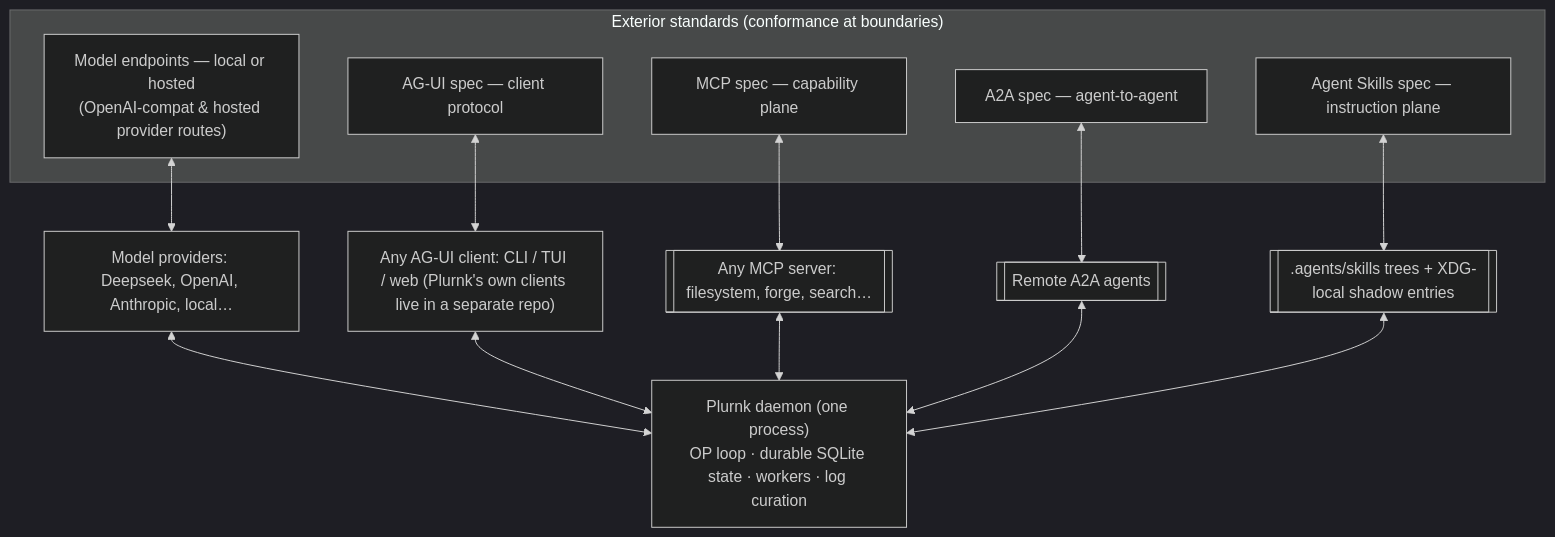
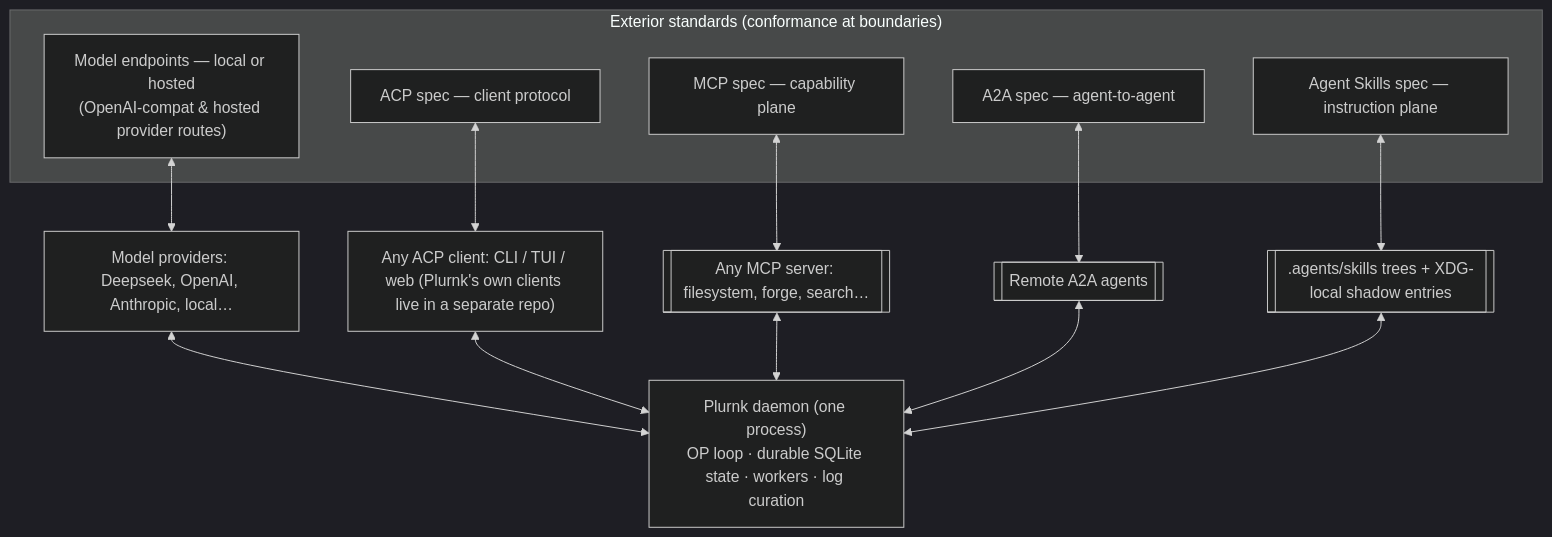
One commit to plurnk/plurnk changed the diagram in test/fixtures/mermaid-fan-in.md. Above: the diagram before and after it, drawn with Mermaid (dark theme). The commit also changed 100 other files, not shown here.

Commit message:
refactor(client): migrate terminal client from AG-UI to ACP v2 (#218)

````diff
--- a/test/fixtures/mermaid-fan-in.md
+++ b/test/fixtures/mermaid-fan-in.md
@@ -1,23 +1,23 @@
 ```mermaid
 flowchart TB
     subgraph standards["Exterior standards (conformance at boundaries)"]
         MODEL["Model endpoints — local or hosted<br/>(OpenAI-compat & hosted provider routes)"]
-        AGUI["AG-UI spec — client protocol"]
+        ACP["ACP spec — client protocol"]
         MCP["MCP spec — capability plane"]
         A2A["A2A spec — agent-to-agent"]
         SKILLS["Agent Skills spec — instruction plane"]
     end
     PLURNK["Plurnk daemon (one process)<br/>OP loop · durable SQLite state · workers · log curation"]
     MODELS["Model providers: Deepseek, OpenAI, Anthropic, local…"]
-    CLIENTS["Any AG-UI client: CLI / TUI / web (Plurnk's own clients live in a separate repo)"]
+    CLIENTS["Any ACP client: CLI / TUI / web (Plurnk's own clients live in a separate repo)"]
     MCPS[["Any MCP server: filesystem, forge, search…"]]
     AGENTS[["Remote A2A agents"]]
     SKILLT[[".agents/skills trees + XDG-local shadow entries"]]
 
     MODEL <--> MODELS
-    AGUI <--> CLIENTS
+    ACP <--> CLIENTS
     MCP <--> MCPS
     A2A <--> AGENTS
     SKILLS <--> SKILLT
     MODELS & CLIENTS & MCPS & AGENTS & SKILLT <--> PLURNK
 ```
````
